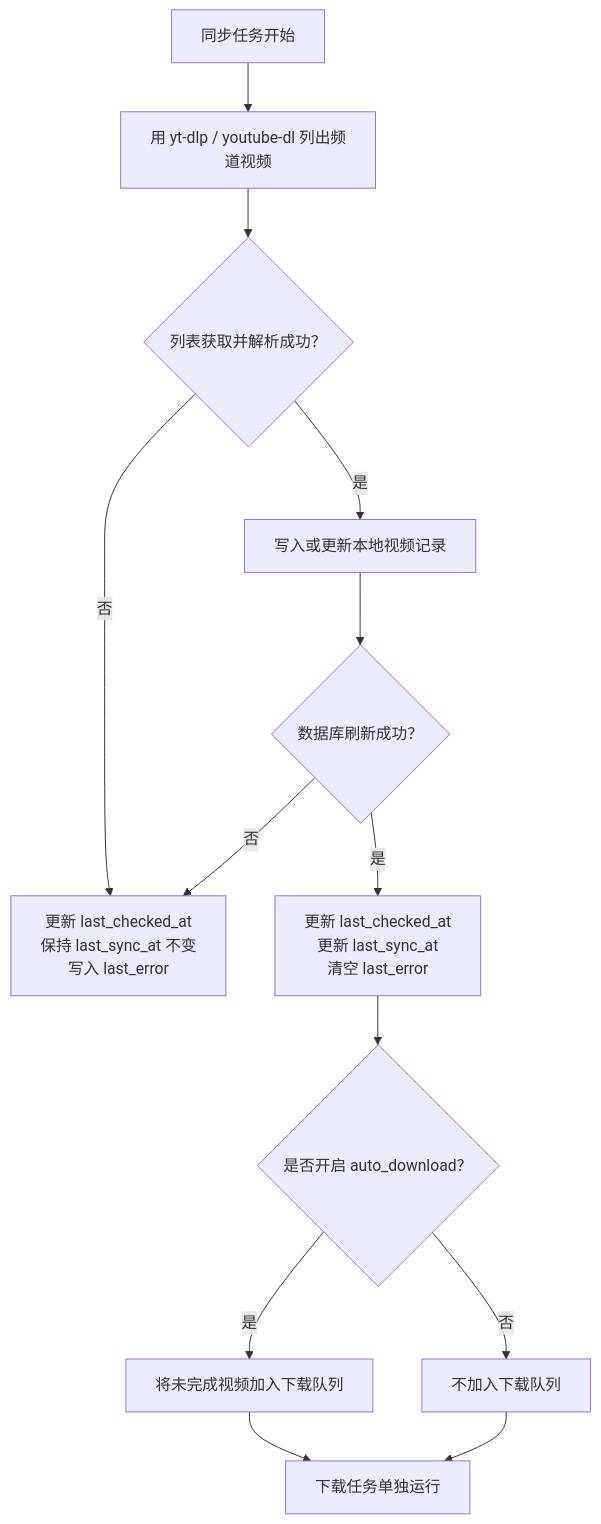
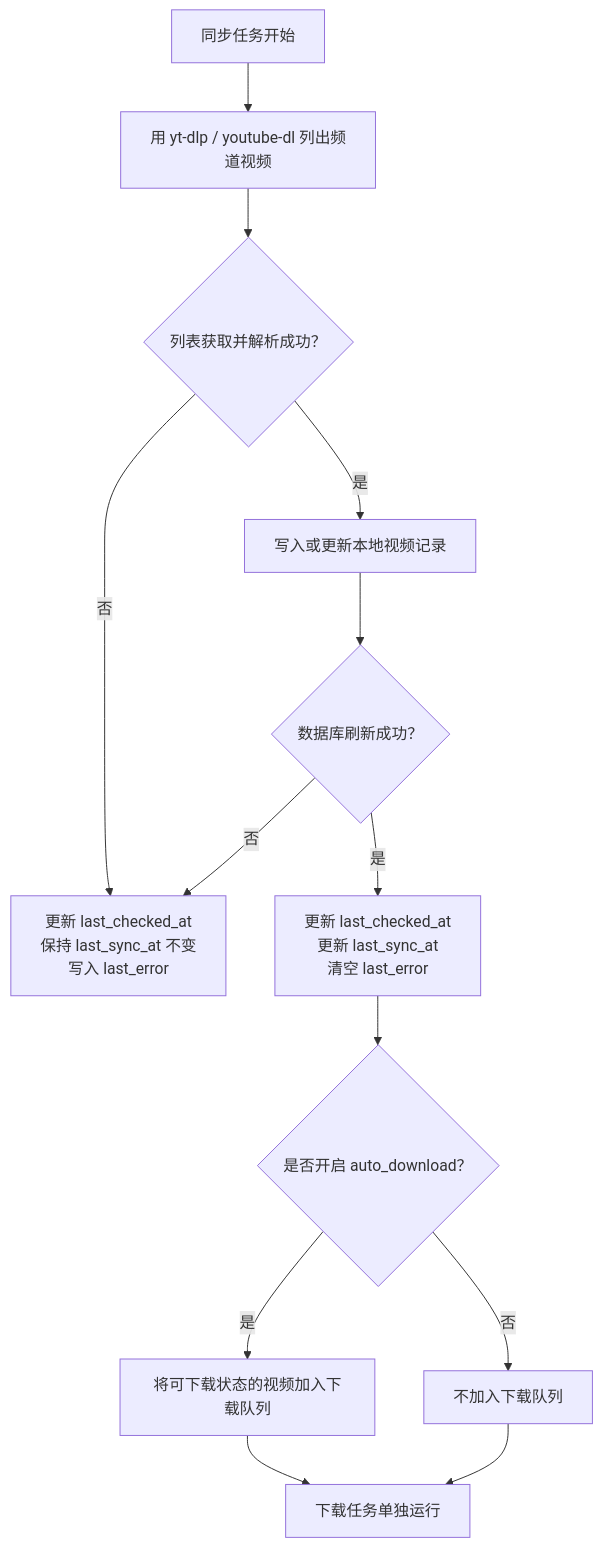
Before and after one commit to Aaron-Cai/video_transporter: the second of 3 diagrams in README.zh-CN.md, drawn with Mermaid. The commit also changed other lines of this file and 13 other files, not shown here.

Commit message:
feat(frontend,backend): add controlled video download flow

````diff
--- a/README.zh-CN.md
+++ b/README.zh-CN.md
@@ -107,19 +107,19 @@
 ```mermaid
 flowchart TD
     A["同步任务开始"] --> B["用 yt-dlp / youtube-dl 列出频道视频"]
     B --> C{"列表获取并解析成功？"}
 
     C -->|否| D["更新 last_checked_at\n保持 last_sync_at 不变\n写入 last_error"]
     C -->|是| E["写入或更新本地视频记录"]
     E --> F{"数据库刷新成功？"}
 
     F -->|否| D
     F -->|是| G["更新 last_checked_at\n更新 last_sync_at\n清空 last_error"]
 
     G --> H{"是否开启 auto_download？"}
-    H -->|是| I["将未完成视频加入下载队列"]
+    H -->|是| I["将可下载状态的视频加入下载队列"]
     H -->|否| J["不加入下载队列"]
 
     I --> K["下载任务单独运行"]
     J --> K
 ```
````
